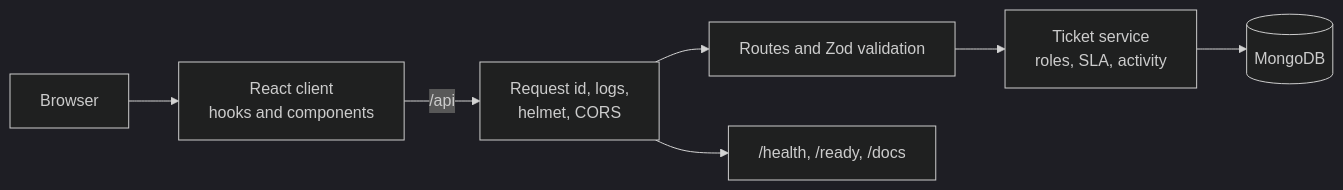
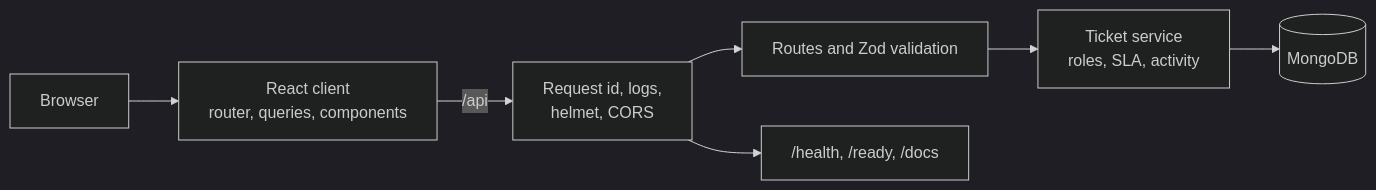
The diagram in README.md (proyneon-hub/it-ticketing-system), drawn with Mermaid (dark theme) before and after one commit. The commit also changed other lines of this file and 4 other files, not shown here.

````diff
--- a/README.md
+++ b/README.md
@@ -69,9 +69,9 @@
 ```mermaid
 flowchart LR
-  Browser --> Client[React client<br/>hooks and components]
+  Browser --> Client[React client<br/>router, queries, components]
   Client -->|/api| Edge[Request id, logs,<br/>helmet, CORS]
   Edge --> Routes[Routes and Zod validation]
   Routes --> Services[Ticket service<br/>roles, SLA, activity]
   Services --> DB[(MongoDB)]
   Edge --> Ops["/health, /ready, /docs"]
 ```
````
